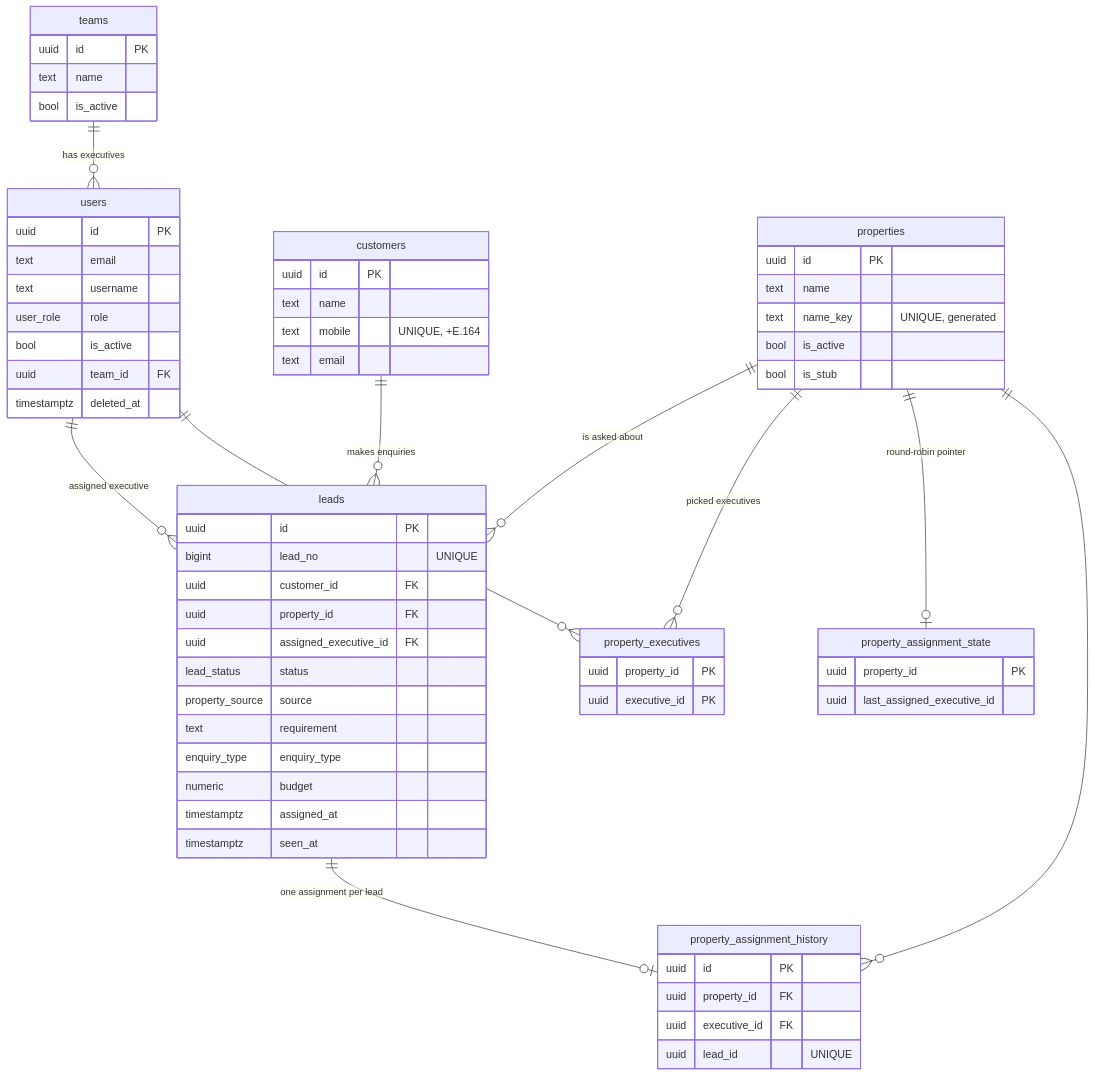
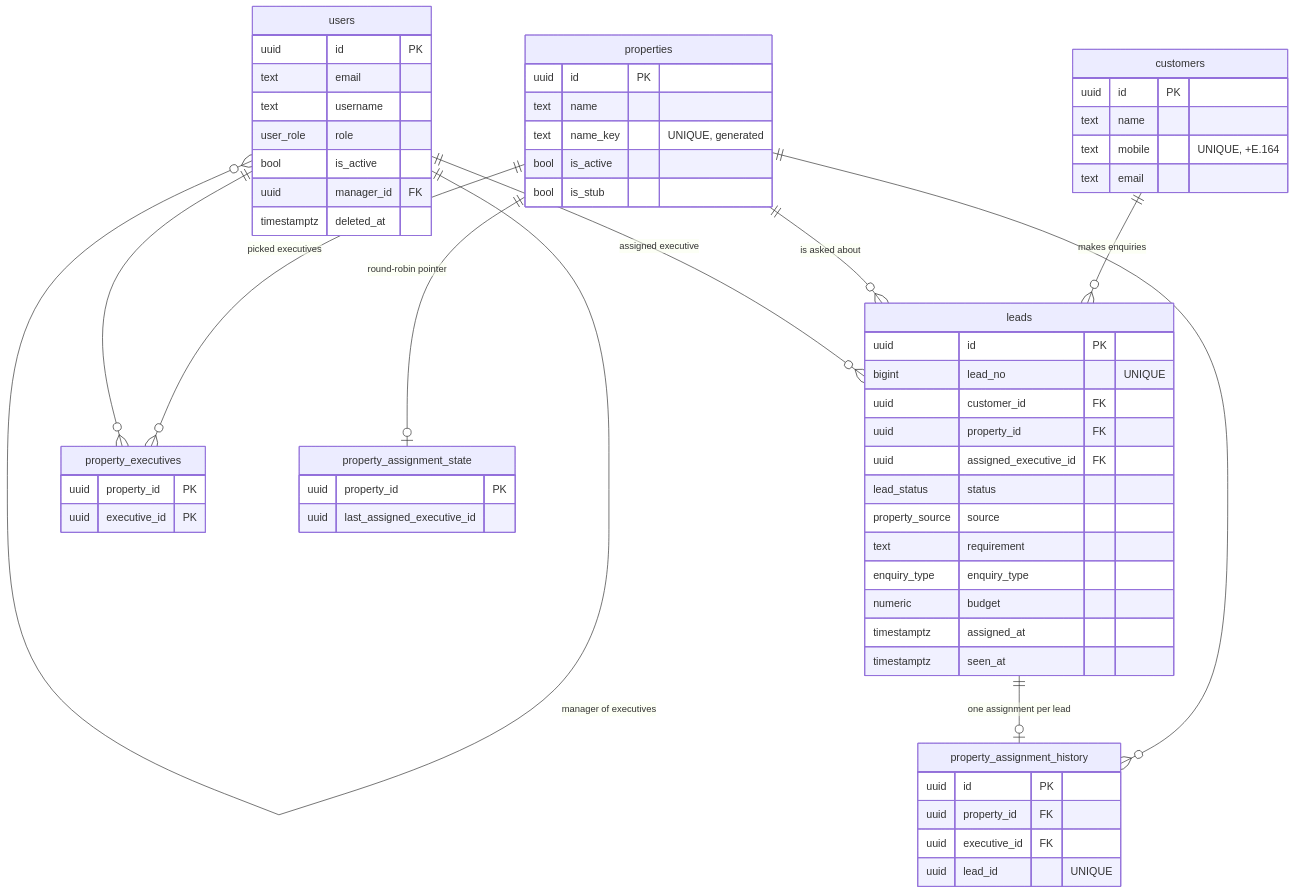
The diagram in docs/ARCHITECTURE.md (Dhruv942/reality-dewise), drawn with Mermaid before and after one commit. The commit also changed other lines of this file and 74 other files, not shown here.

````diff
--- a/docs/ARCHITECTURE.md
+++ b/docs/ARCHITECTURE.md
@@ -47,21 +52,20 @@
 ```mermaid
 erDiagram
-  teams ||--o{ users : "has executives"
+  users ||--o{ users : "manager of executives"
   customers ||--o{ leads : "makes enquiries"
   properties ||--o{ leads : "is asked about"
   users ||--o{ leads : "assigned executive"
   properties ||--o{ property_executives : "picked executives"
   users ||--o{ property_executives : ""
   properties ||--o| property_assignment_state : "round-robin pointer"
   properties ||--o{ property_assignment_history : ""
   leads ||--o| property_assignment_history : "one assignment per lead"
 
-  users { uuid id PK  text email  text username  user_role role  bool is_active  uuid team_id FK  timestamptz deleted_at }
-  teams { uuid id PK  text name  bool is_active }
+  users { uuid id PK  text email  text username  user_role role  bool is_active  uuid manager_id FK  timestamptz deleted_at }
   customers { uuid id PK  text name  text mobile "UNIQUE, +E.164"  text email }
   properties { uuid id PK  text name  text name_key "UNIQUE, generated"  bool is_active  bool is_stub }
   property_executives { uuid property_id PK  uuid executive_id PK }
   property_assignment_state { uuid property_id PK  uuid last_assigned_executive_id }
   property_assignment_history { uuid id PK  uuid property_id FK  uuid executive_id FK  uuid lead_id "UNIQUE" }
   leads { uuid id PK  bigint lead_no "UNIQUE"  uuid customer_id FK  uuid property_id FK  uuid assigned_executive_id FK  lead_status status  property_source source  text requirement  enquiry_type enquiry_type  numeric budget  timestamptz assigned_at  timestamptz seen_at }
 ```
````
